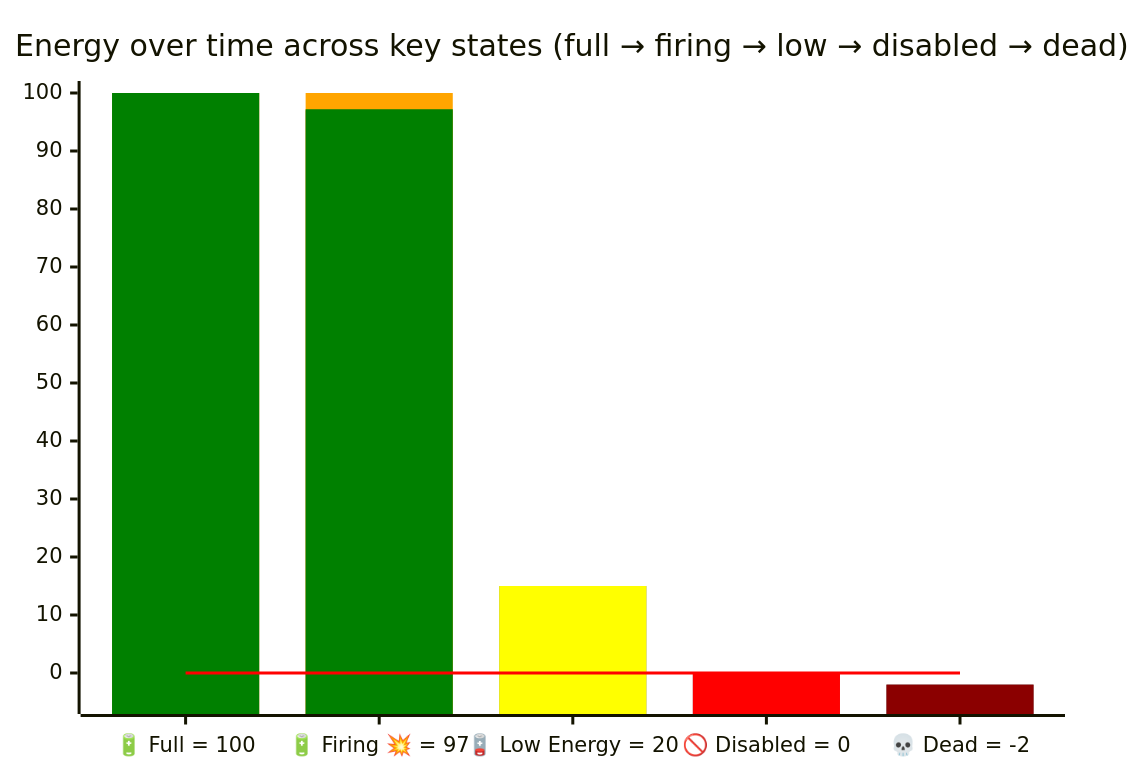
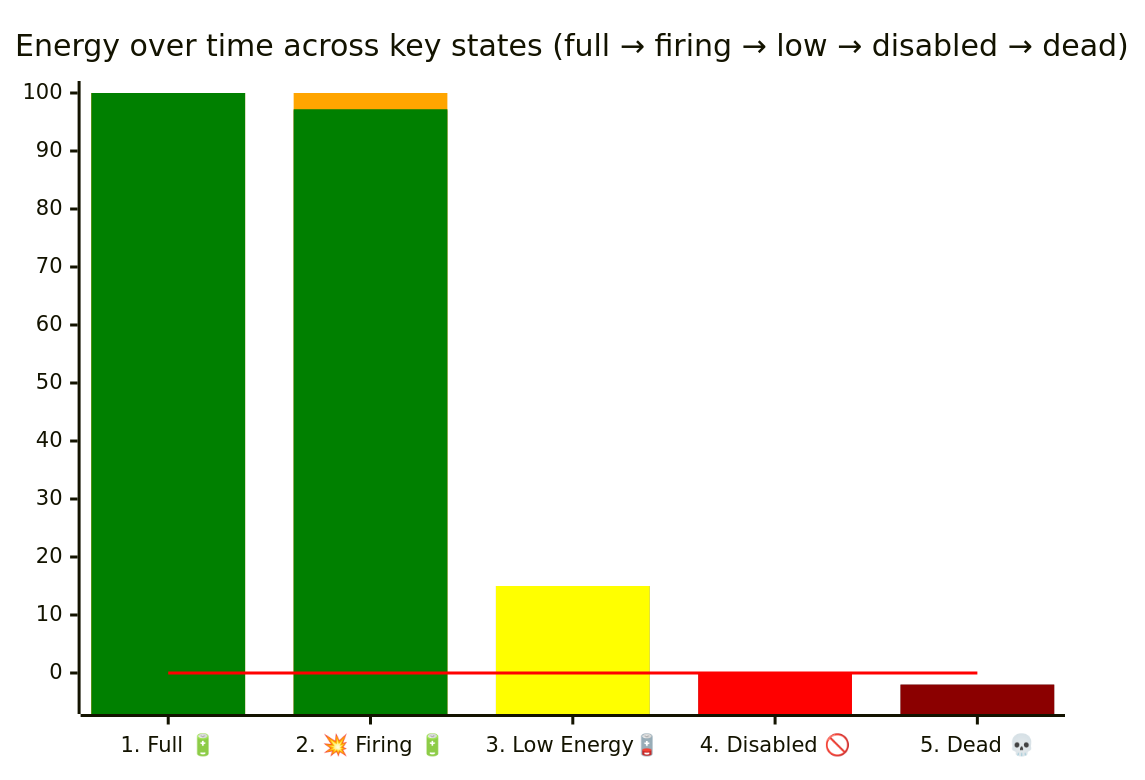
One commit to robocode-dev/book-of-robocode changed the first of 4 diagrams in docs/physics/bullet-physics.md. Above: the diagram before and after it, drawn with Mermaid. The commit also changed other lines of this file and 3 other files, not shown here.

Commit message:
feat: update bullet physics documentation with improved mermaid charts for power vs speed and power vs damage

````diff
--- a/docs/physics/bullet-physics.md
+++ b/docs/physics/bullet-physics.md
@@ -26,48 +26,48 @@
 ```mermaid
 ---
 config:
   themeVariables:
     xyChart:
       plotColorPalette: grey, orange, green, yellow, red, darkred, red
 ---
 
 xychart-beta
     title "Energy over time across key states (full → firing → low → disabled → dead)"
-    x-axis ["🔋 Full = 100", "🔋 Firing 💥 = 97", "🪫 Low Energy = 20", "🚫 Disabled = 0", "💀 Dead = -2"]
+    x-axis ["1. Full 🔋", "2. 💥 Firing 🔋", "3. Low Energy🪫", "4. Disabled 🚫", "5. Dead 💀"]
     y-axis -5 --> 100
 
 %% number labels (grey, on top)
 
 
 %% full energy background (blue-ish)
 %% number labels (grey, on top)
 
 %% safe firing range (green)
 bar [100, 97, 15, 0, -2]
 
 %% low but alive (yellow)
 
 
 %% disabled (0 energy, red)
 %% full energy background (blue-ish)
 
 %% dead (< 0 energy, dark red)
 bar [100, 100, -10, -10, -10]
 
 %% zero-energy line (red)
 
 %% safe firing range (green)
 bar [100, 97.2, -10, -10, -10]
 
 %% low but alive (yellow)
 bar [-10, -10, 15, -10, -10]
 
 %% disabled (0 energy, red)
 bar [-10, -10, -10, 0, -10]
 
 %% dead (< 0 energy, dark red)
 bar [-10, -10, -10, -10, -2]
 
 %% zero-energy line (red)
 line [0, 0, 0, 0, 0]
 ```
````
